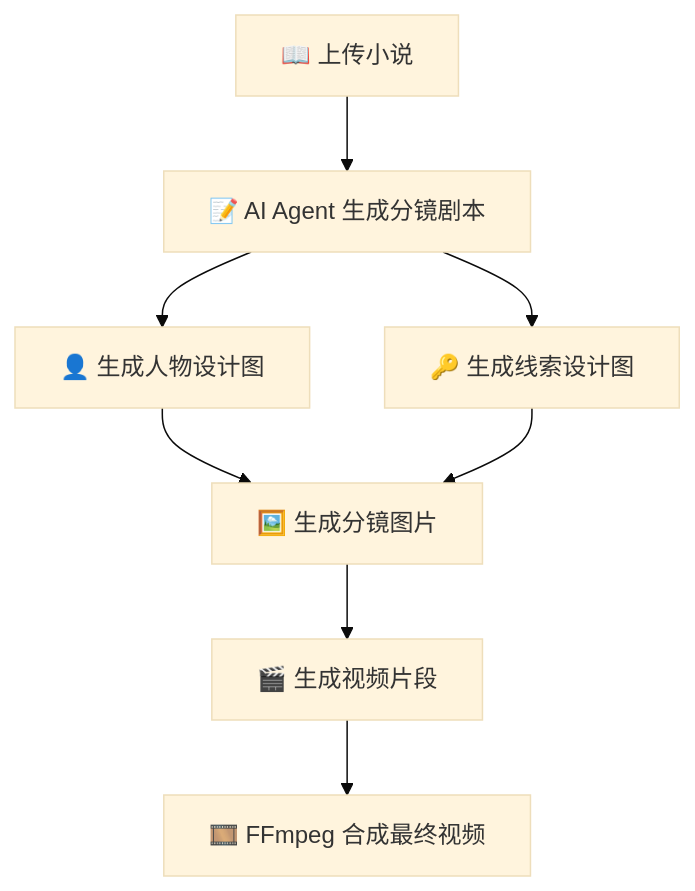
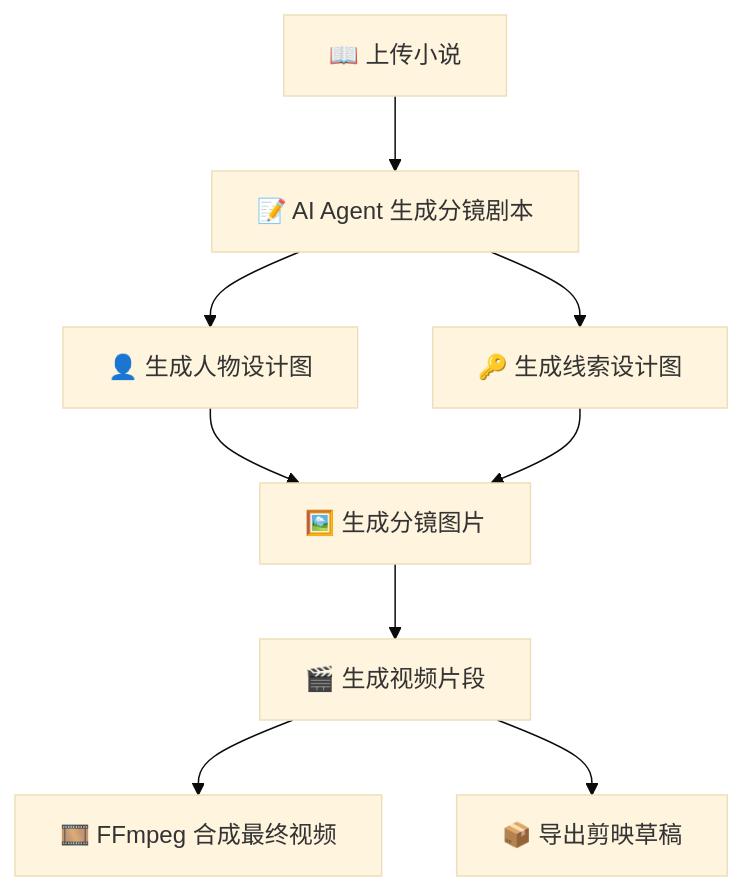
One commit to huiyang0325/C301 changed the first of 3 diagrams in README.md. Above: the diagram before and after it, drawn with Mermaid (base theme). The commit also changed other lines of this file and 1 other file, not shown here.

````diff
--- a/README.md
+++ b/README.md
@@ -69,10 +69,11 @@
 ```mermaid
 graph TD
     A["📖 上传小说"] --> B["📝 AI Agent 生成分镜剧本"]
     B --> C["👤 生成人物设计图"]
     B --> D["🔑 生成线索设计图"]
     C --> E["🖼️ 生成分镜图片"]
     D --> E
     E --> F["🎬 生成视频片段"]
     F --> G["🎞️ FFmpeg 合成最终视频"]
+    F --> H["📦 导出剪映草稿"]
 ```
````
